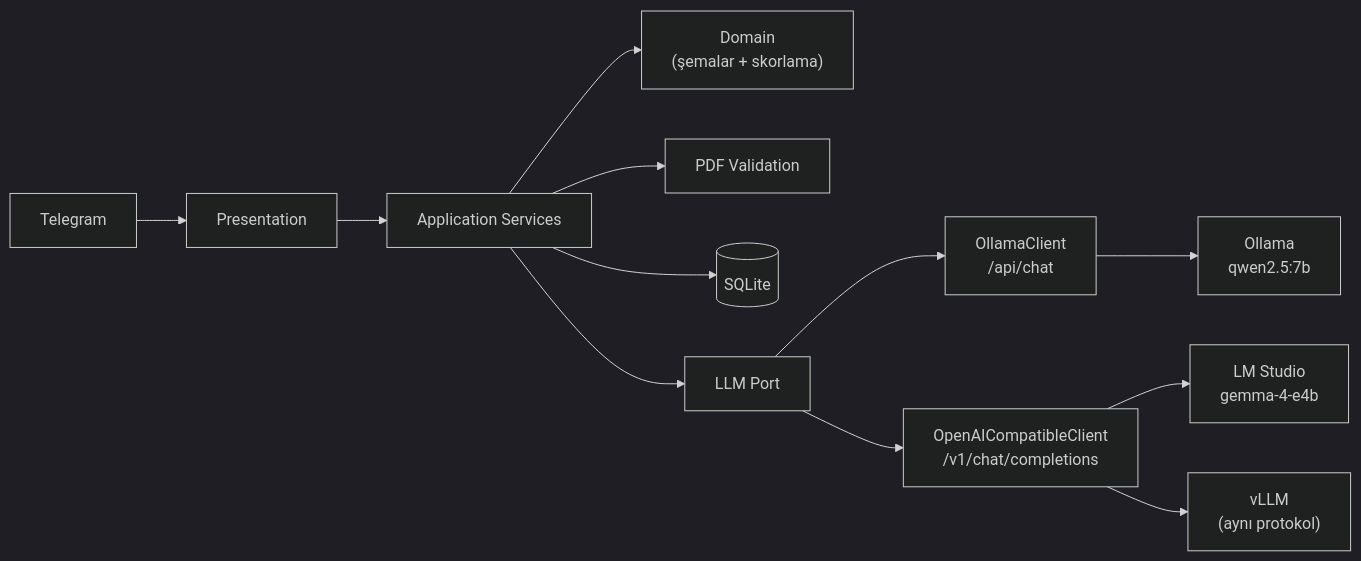
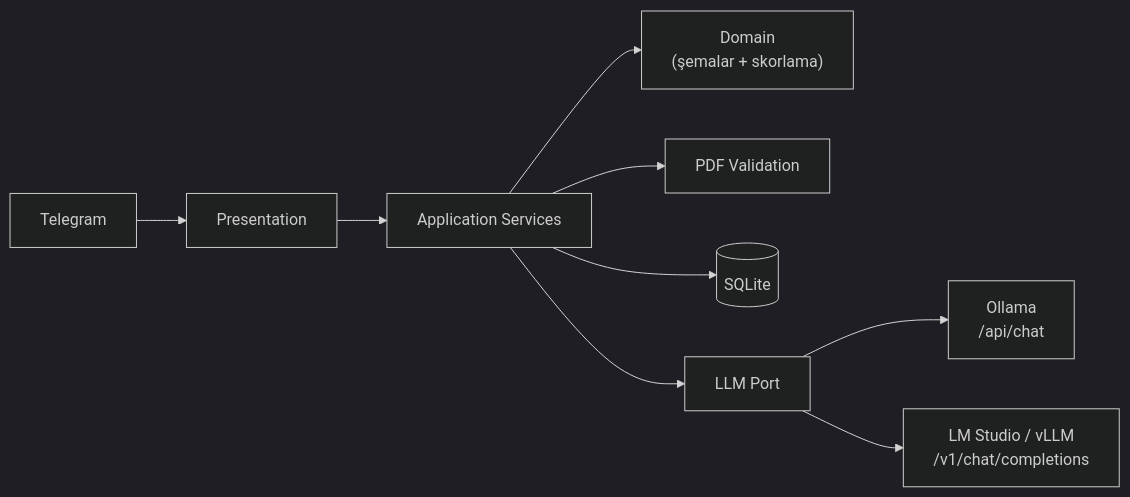
Before and after one commit to semihbugrasezer/sisoft-project: the diagram in README.md, drawn with Mermaid (dark theme). The commit also changed other lines of this file and 1 other file, not shown here.

````diff
--- a/README.md
+++ b/README.md
@@ -47,14 +39,11 @@
 ```mermaid
 flowchart LR
     TG[Telegram] --> P[Presentation]
     P --> A[Application Services]
     A --> D["Domain<br/>(şemalar + skorlama)"]
     A --> PDF[PDF Validation]
     A --> DB[(SQLite)]
     A --> LLM[LLM Port]
-    LLM --> O["OllamaClient<br/>/api/chat"]
-    LLM --> C["OpenAICompatibleClient<br/>/v1/chat/completions"]
-    O --> OM["Ollama<br/>qwen2.5:7b"]
-    C --> LS["LM Studio<br/>gemma-4-e4b"]
-    C --> VL["vLLM<br/>(aynı protokol)"]
+    LLM --> O["Ollama<br/>/api/chat"]
+    LLM --> C["LM Studio / vLLM<br/>/v1/chat/completions"]
 ```
````
